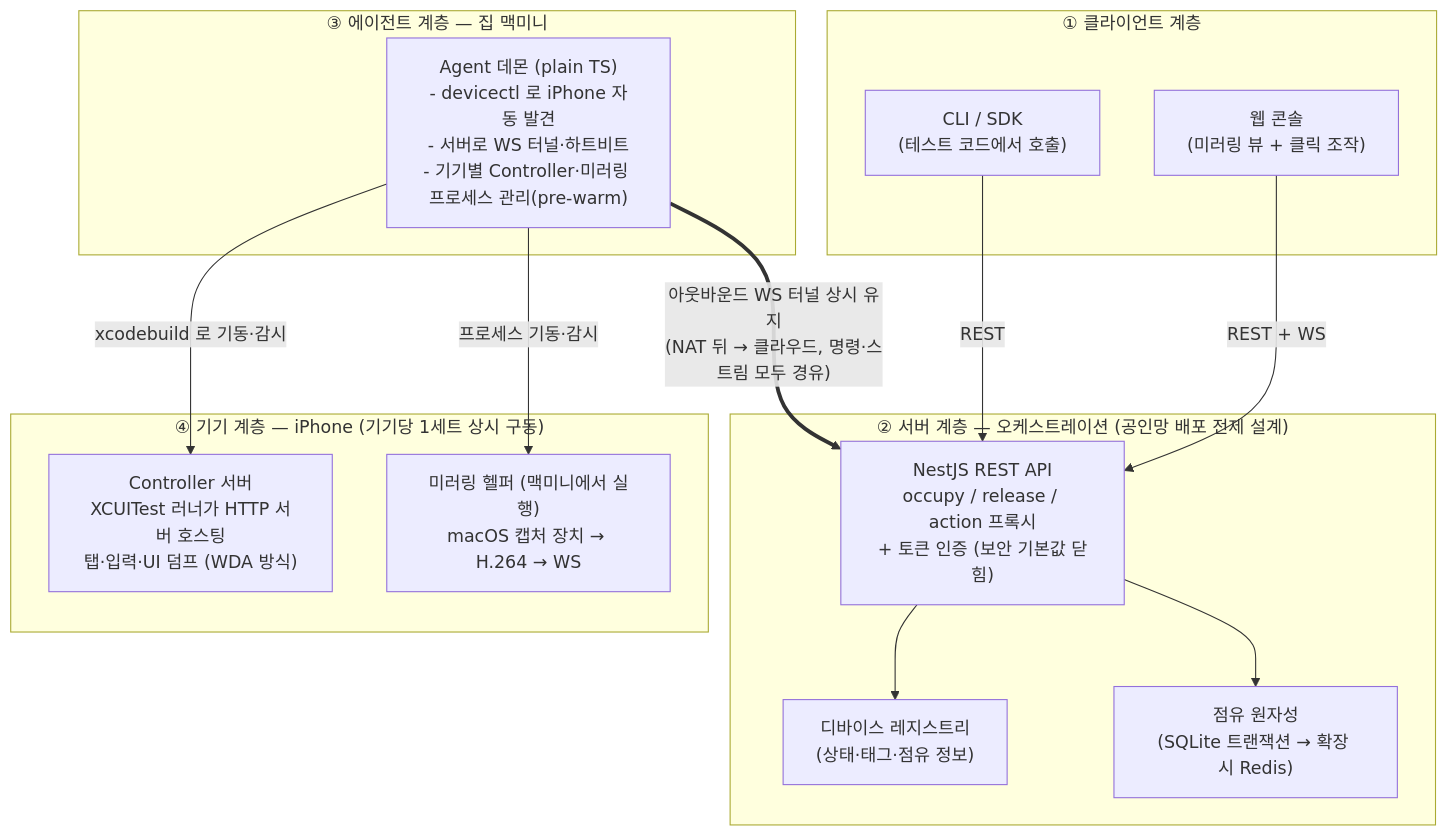
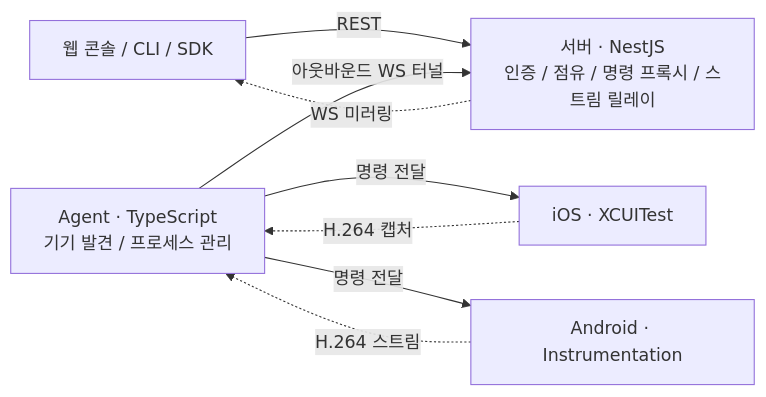
Before and after one commit to izg0820/nebula-clone: the diagram in README.md, drawn with Mermaid. The commit also changed other lines of this file and 5 other files, not shown here.

````diff
--- a/README.md
+++ b/README.md
@@ -30,30 +125,10 @@
 ```mermaid
-flowchart TB
-    subgraph client["① 클라이언트 계층"]
-        WEB["웹 콘솔<br/>(미러링 뷰 + 클릭 조작)"]
-        CLI["CLI / SDK<br/>(테스트 코드에서 호출)"]
-    end
-
-    subgraph server["② 서버 계층 — 오케스트레이션 (공인망 배포 전제 설계)"]
-        API["NestJS REST API<br/>occupy / release / action 프록시<br/>+ 토큰 인증 (보안 기본값 닫힘)"]
-        REG["디바이스 레지스트리<br/>(상태·태그·점유 정보)"]
-        LOCK["점유 원자성<br/>(SQLite 트랜잭션 → 확장 시 Redis)"]
-    end
-
-    subgraph agent["③ 에이전트 계층 — 집 맥미니"]
-        AG["Agent 데몬 (plain TS)<br/>- devicectl 로 iPhone 자동 발견<br/>- 서버로 WS 터널·하트비트<br/>- 기기별 Controller·미러링 프로세스 관리(pre-warm)"]
-    end
-
-    subgraph device["④ 기기 계층 — iPhone (기기당 1세트 상시 구동)"]
-        CTRL["Controller 서버<br/>XCUITest 러너가 HTTP 서버 호스팅<br/>탭·입력·UI 덤프 (WDA 방식)"]
-        MIRROR["미러링 헬퍼 (맥미니에서 실행)<br/>macOS 캡처 장치 → H.264 → WS"]
-    end
-
-    WEB -->|"REST + WS"| API
-    CLI -->|REST| API
-    API --> REG
-    API --> LOCK
-    AG ==>|"아웃바운드 WS 터널 상시 유지<br/>(NAT 뒤 → 클라우드, 명령·스트림 모두 경유)"| API
-    AG -->|"xcodebuild 로 기동·감시"| CTRL
-    AG -->|"프로세스 기동·감시"| MIRROR
+flowchart LR
+    WEB["웹 콘솔 / CLI / SDK"] -->|REST| SERVER["서버 · NestJS<br/>인증 / 점유 / 명령 프록시 / 스트림 릴레이"]
+    AGENT["Agent · TypeScript<br/>기기 발견 / 프로세스 관리"] -->|"아웃바운드 WS 터널"| SERVER
+    AGENT -->|"명령 전달"| IOS["iOS · XCUITest"]
+    AGENT -->|"명령 전달"| ANDROID["Android · Instrumentation"]
+    IOS -.->|"H.264 캡처"| AGENT
+    ANDROID -.->|"H.264 스트림"| AGENT
+    SERVER -.->|"WS 미러링"| WEB
 ```
````
